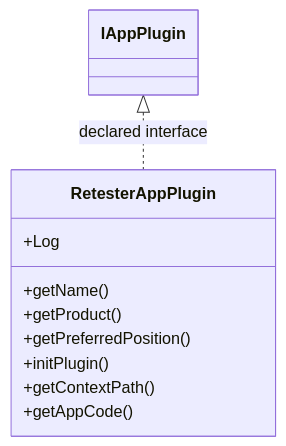
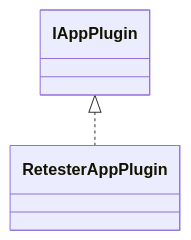
Before and after one commit to haruperi/HaruQuantAI: the diagram in docs/sqx/Retester/AppRetester.md, drawn with Mermaid. The commit also changed other lines of this file and 1688 other files, not shown here.

````diff
--- a/docs/sqx/Retester/AppRetester.md
+++ b/docs/sqx/Retester/AppRetester.md
@@ -30,14 +26,6 @@
 ```mermaid
 classDiagram
-    class Cc56d19d112ee["RetesterAppPlugin"] {
-        +Log
-        +getName()
-        +getProduct()
-        +getPreferredPosition()
-        +initPlugin()
-        +getContextPath()
-        +getAppCode()
-    }
-    class C71ae2af47347["IAppPlugin"]
-    C71ae2af47347 <|.. Cc56d19d112ee : declared interface
+    class C0["RetesterAppPlugin"]
+    class E0["IAppPlugin"]
+    E0 <|.. C0
 ```
````
